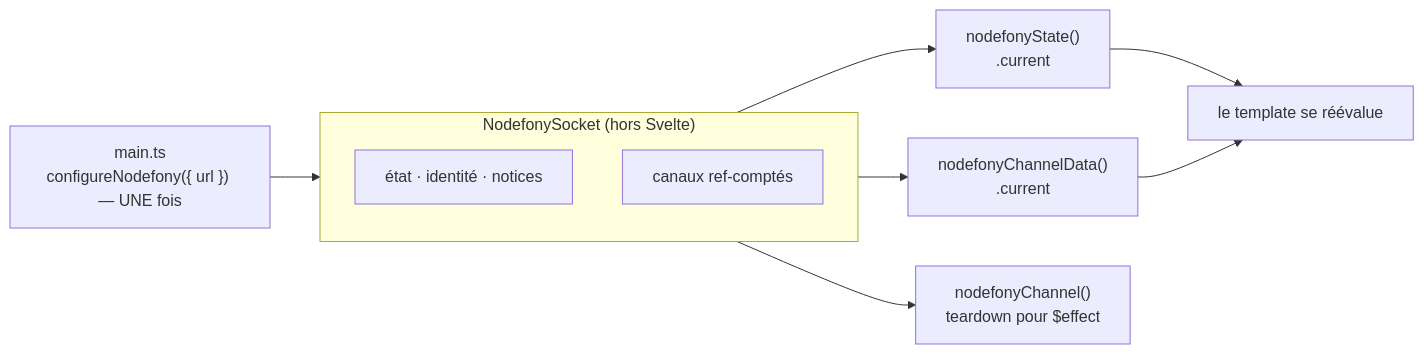
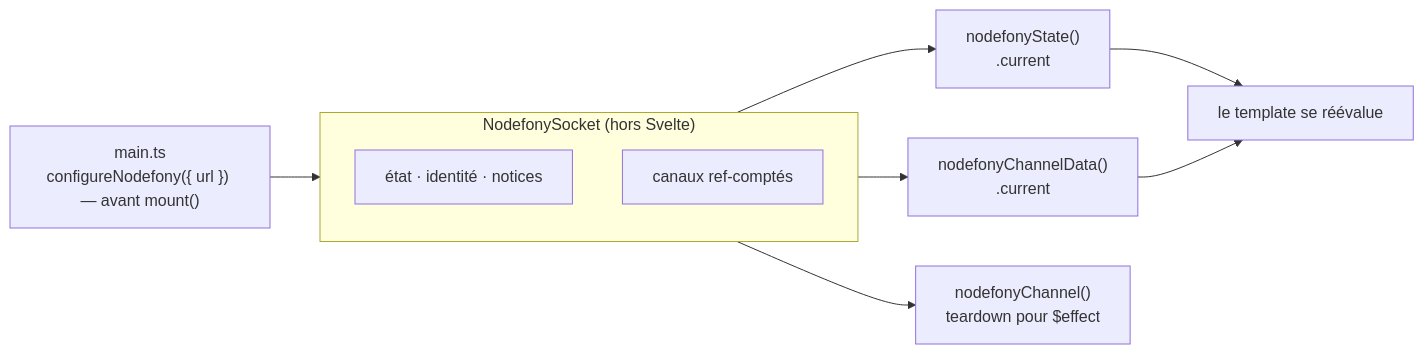
Before and after one commit to nodefony/nodefony-core: the diagram in src/nodefony/docs/svelte-reactivite.md, drawn with Mermaid. The commit also changed other lines of this file and 2 other files, not shown here.

First line of the commit message:
docs(client): dire que configureNodefony se rappelle d'un écran à l'autre (#882)

````diff
--- a/src/nodefony/docs/svelte-reactivite.md
+++ b/src/nodefony/docs/svelte-reactivite.md
@@ -47,14 +47,14 @@
 ```mermaid
 flowchart LR
-  APP["main.ts<br/>configureNodefony({ url }) — UNE fois"] --> CL
+  APP["main.ts<br/>configureNodefony({ url }) — avant mount()"] --> CL
   subgraph CL["NodefonySocket (hors Svelte)"]
     direction TB
     S["état · identité · notices"]
     C["canaux ref-comptés"]
   end
   CL --> A["nodefonyState()<br/>.current"]
   CL --> B["nodefonyChannelData()<br/>.current"]
   CL --> D["nodefonyChannel()<br/>teardown pour $effect"]
   A --> V["le template se réévalue"]
   B --> V
 ```
````
